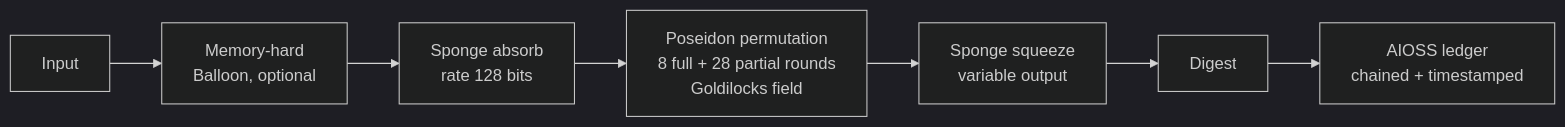
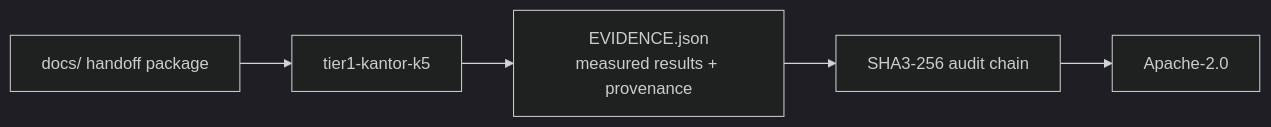
The diagram in README.md (the-anticloud/tier1-kantor-k5), drawn with Mermaid (dark theme) before and after one commit. The commit also changed other lines of this file and 10 other files, not shown here.

````diff
--- a/README.md
+++ b/README.md
@@ -22,9 +22,7 @@
 ```mermaid
 graph LR
-    I[Input] --> M[Memory-hard<br/>Balloon, optional]
-    M --> A[Sponge absorb<br/>rate 128 bits]
-    A --> P[Poseidon permutation<br/>8 full + 28 partial rounds<br/>Goldilocks field]
-    P --> S[Sponge squeeze<br/>variable output]
-    S --> O[Digest]
-    O --> L[AIOSS ledger<br/>chained + timestamped]
+    D[docs/ handoff package] --> R[tier1-kantor-k5]
+    R --> E[EVIDENCE.json\nmeasured results + provenance]
+    E --> A[SHA3-256 audit chain]
+    A --> L[Apache-2.0]
 ```
````
